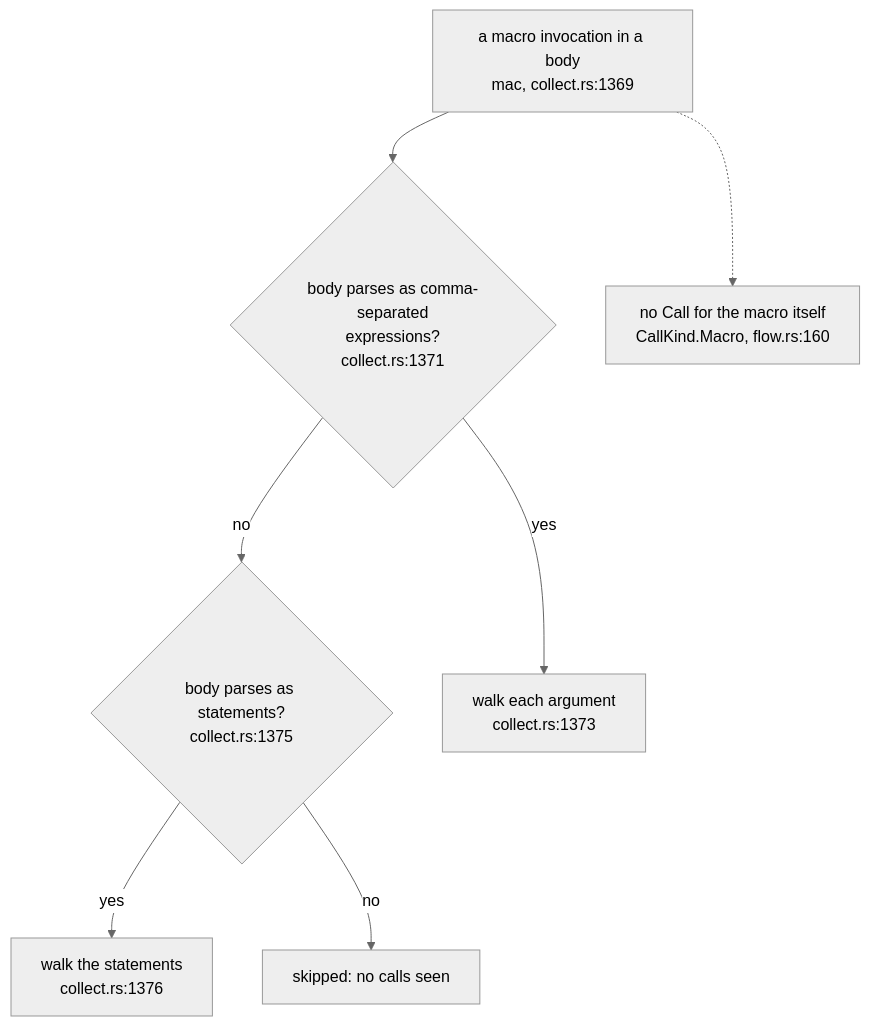
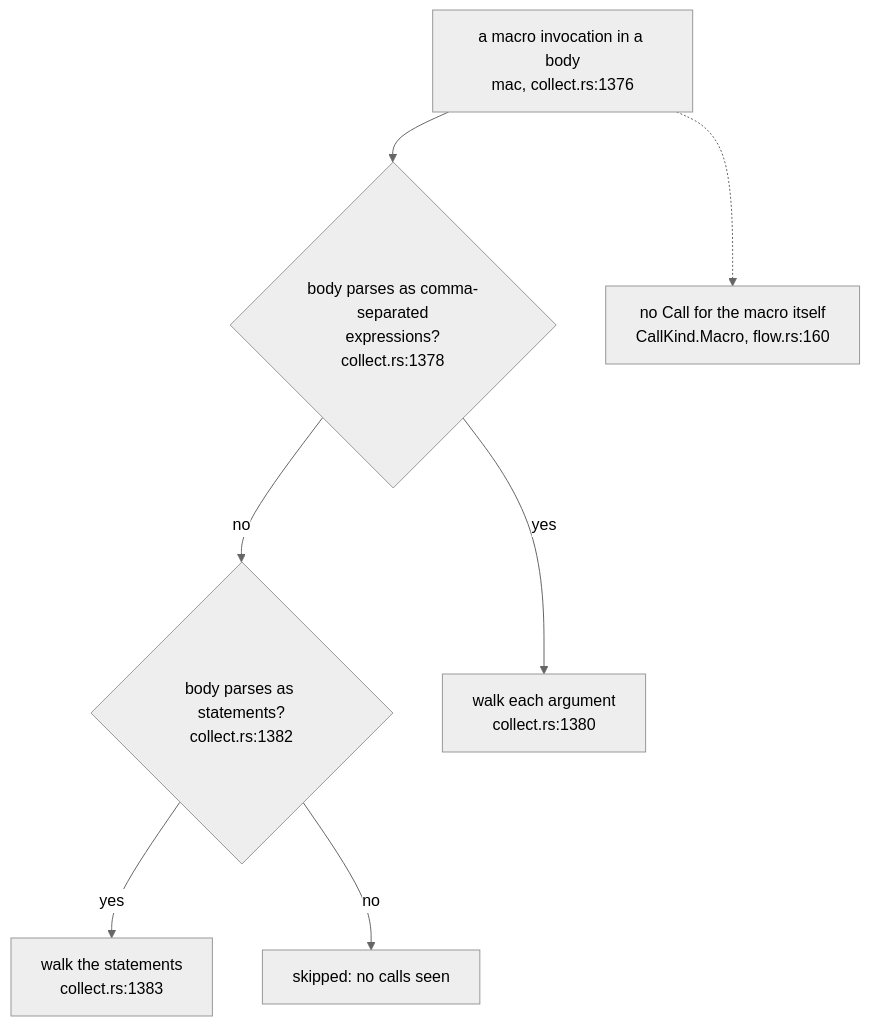
Before and after one commit to DreamLab-AI/codemaid: the sixth of 7 diagrams in docs/diagrams/extract/03-the-flow-walker-and-raw-ir.md, drawn with Mermaid (neutral theme). The commit also changed other lines of this file and 21 other files, not shown here.

````diff
--- a/docs/diagrams/extract/03-the-flow-walker-and-raw-ir.md
+++ b/docs/diagrams/extract/03-the-flow-walker-and-raw-ir.md
@@ -242,16 +243,16 @@
 ```mermaid
 flowchart TB
-    M["a macro invocation in a body<br/>mac, collect.rs:1369"]
-    E{"body parses as comma-separated<br/>expressions?<br/>collect.rs:1371"}
-    B{"body parses as statements?<br/>collect.rs:1375"}
-    WA["walk each argument<br/>collect.rs:1373"]
-    WS["walk the statements<br/>collect.rs:1376"]
+    M["a macro invocation in a body<br/>mac, collect.rs:1376"]
+    E{"body parses as comma-separated<br/>expressions?<br/>collect.rs:1378"}
+    B{"body parses as statements?<br/>collect.rs:1382"}
+    WA["walk each argument<br/>collect.rs:1380"]
+    WS["walk the statements<br/>collect.rs:1383"]
     SK["skipped: no calls seen"]
     NO["no Call for the macro itself<br/>CallKind.Macro, flow.rs:160"]
     M --> E
     E -->|yes| WA
     E -->|no| B
     B -->|yes| WS
     B -->|no| SK
     M -.-> NO
 ```
````
